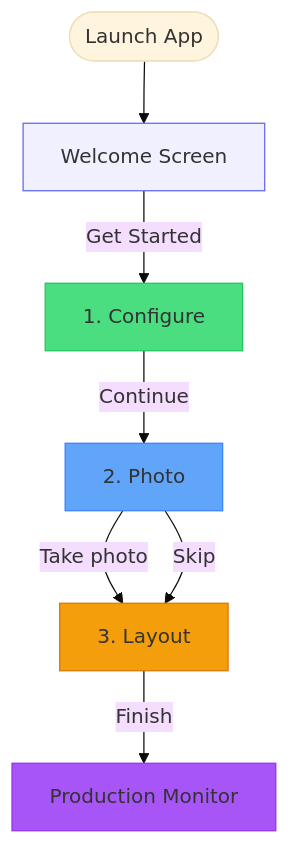
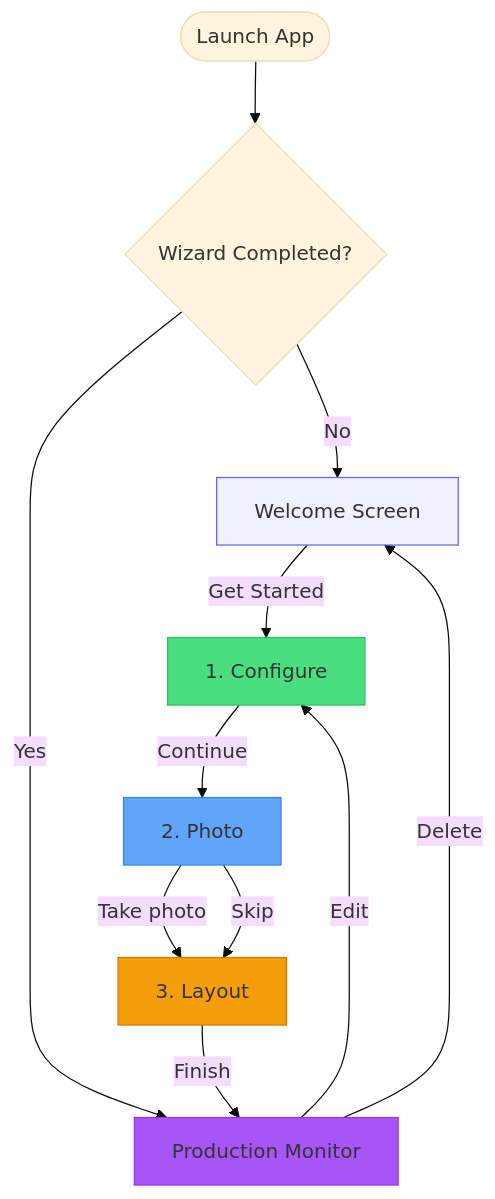
One commit to benjaminkomen/solar-array-simulator changed the diagram in README.md. Above: the diagram before and after it, drawn with Mermaid (base theme). The commit also changed other lines of this file and 12 other files, not shown here.

````diff
--- a/README.md
+++ b/README.md
@@ -9,15 +9,19 @@
 ```mermaid
 flowchart TD
-    START([Launch App]) --> WELCOME[Welcome Screen]
+    START([Launch App]) --> CHECK{Wizard Completed?}
+    CHECK --> |No| WELCOME[Welcome Screen]
+    CHECK --> |Yes| PRODUCTION[Production Monitor]
     WELCOME --> |Get Started| CONFIG[1. Configure]
     CONFIG --> |Continue| UPLOAD[2. Photo]
     UPLOAD --> |Take photo| CUSTOM[3. Layout]
     UPLOAD --> |Skip| CUSTOM
-    CUSTOM --> |Finish| PRODUCTION[Production Monitor]
+    CUSTOM --> |Finish| PRODUCTION
+    PRODUCTION --> |Edit| CONFIG
+    PRODUCTION --> |Delete| WELCOME
 
     style WELCOME fill:#f0f0ff,stroke:#6366f1
     style CONFIG fill:#4ade80,stroke:#22c55e
     style UPLOAD fill:#60a5fa,stroke:#3b82f6
     style CUSTOM fill:#f59e0b,stroke:#d97706
     style PRODUCTION fill:#a855f7,stroke:#9333ea
 ```
````
